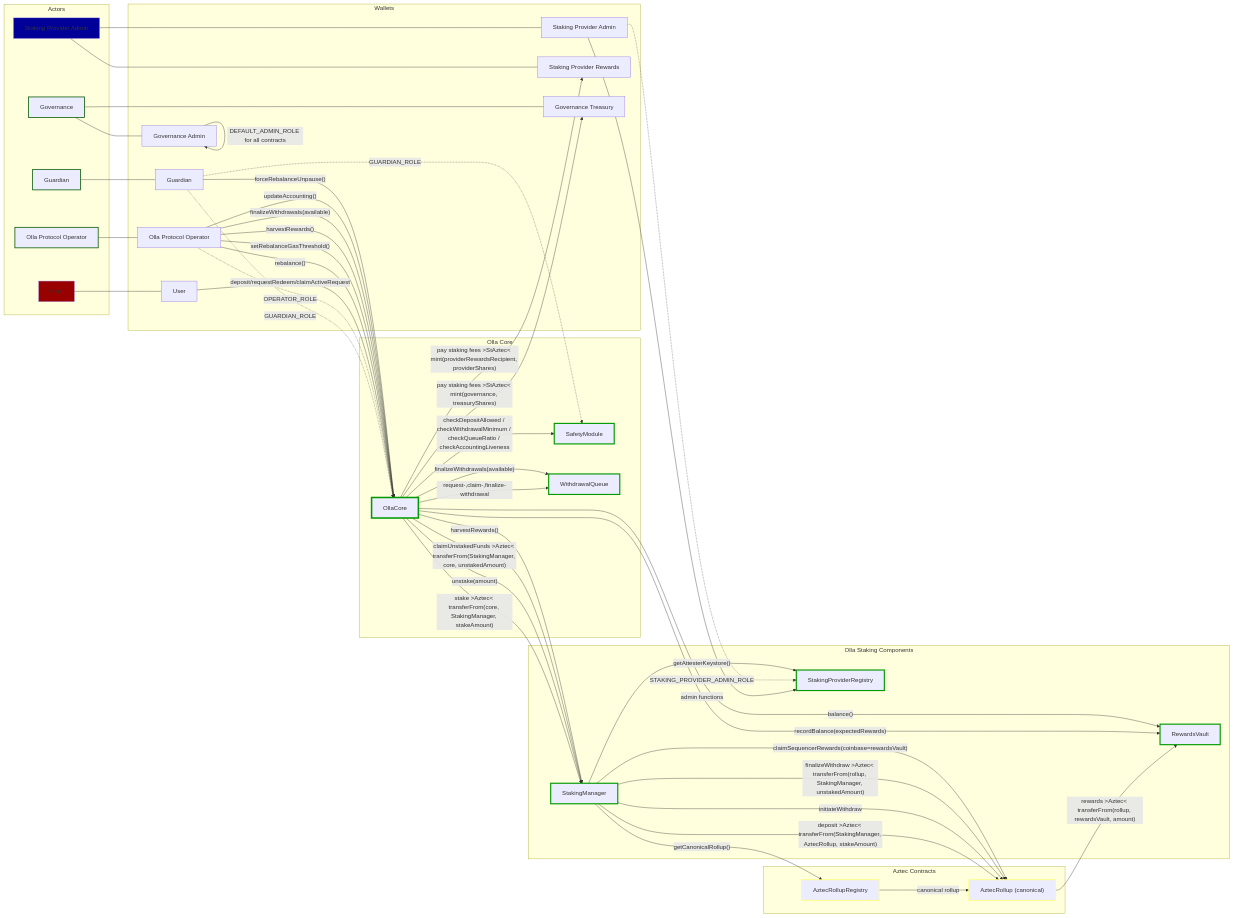
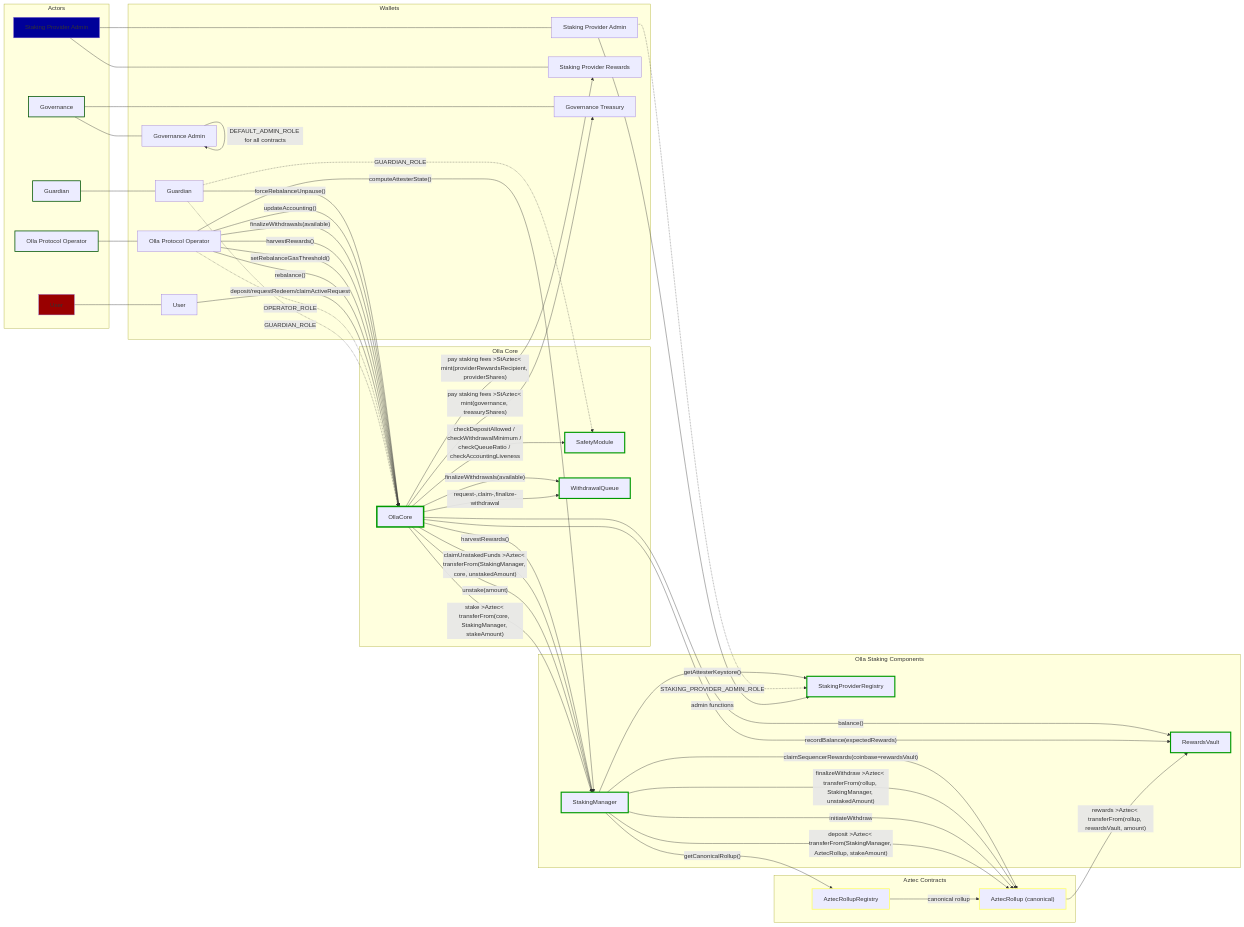
Before and after one commit to ollafinance/core: the first of 10 diagrams in mermaid-diagrams.md, drawn with Mermaid. The commit also changed other lines of this file and 22 other files, not shown here.

```diff
--- a/mermaid-diagrams.md
+++ b/mermaid-diagrams.md
@@ -63,6 +63,7 @@
 core -->|"checkDepositAllowed / checkWithdrawalMinimum / checkQueueRatio / checkAccountingLiveness"| safety
 
 %% Operator cycle (end-state orchestration)
+ollaOperatorWallet -->|"computeAttesterState()"| stkMan
 ollaOperatorWallet -->|"rebalance()"| core
 ollaOperatorWallet -->|"setRebalanceGasThreshold()"| core
 ollaOperatorWallet -->|"harvestRewards()"| core
```
